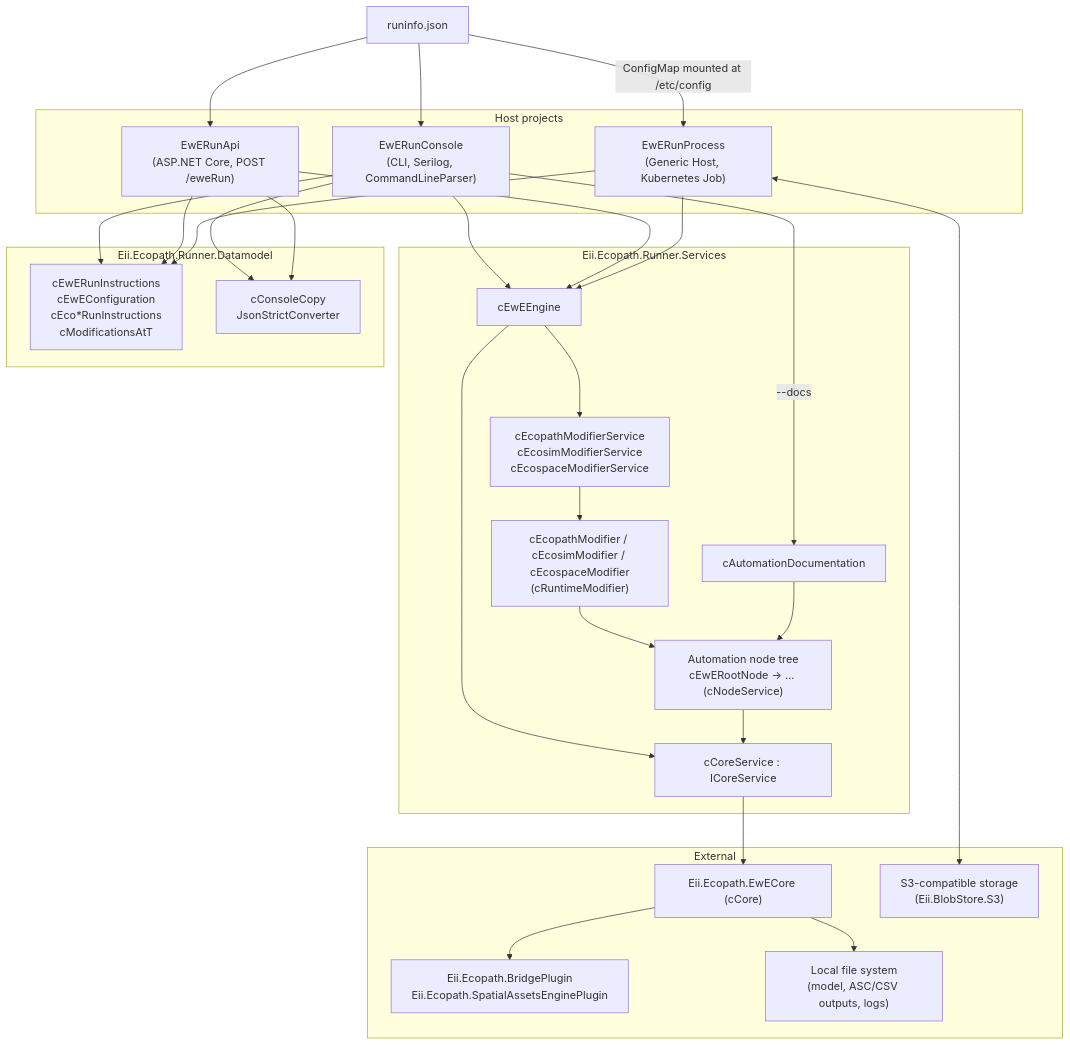
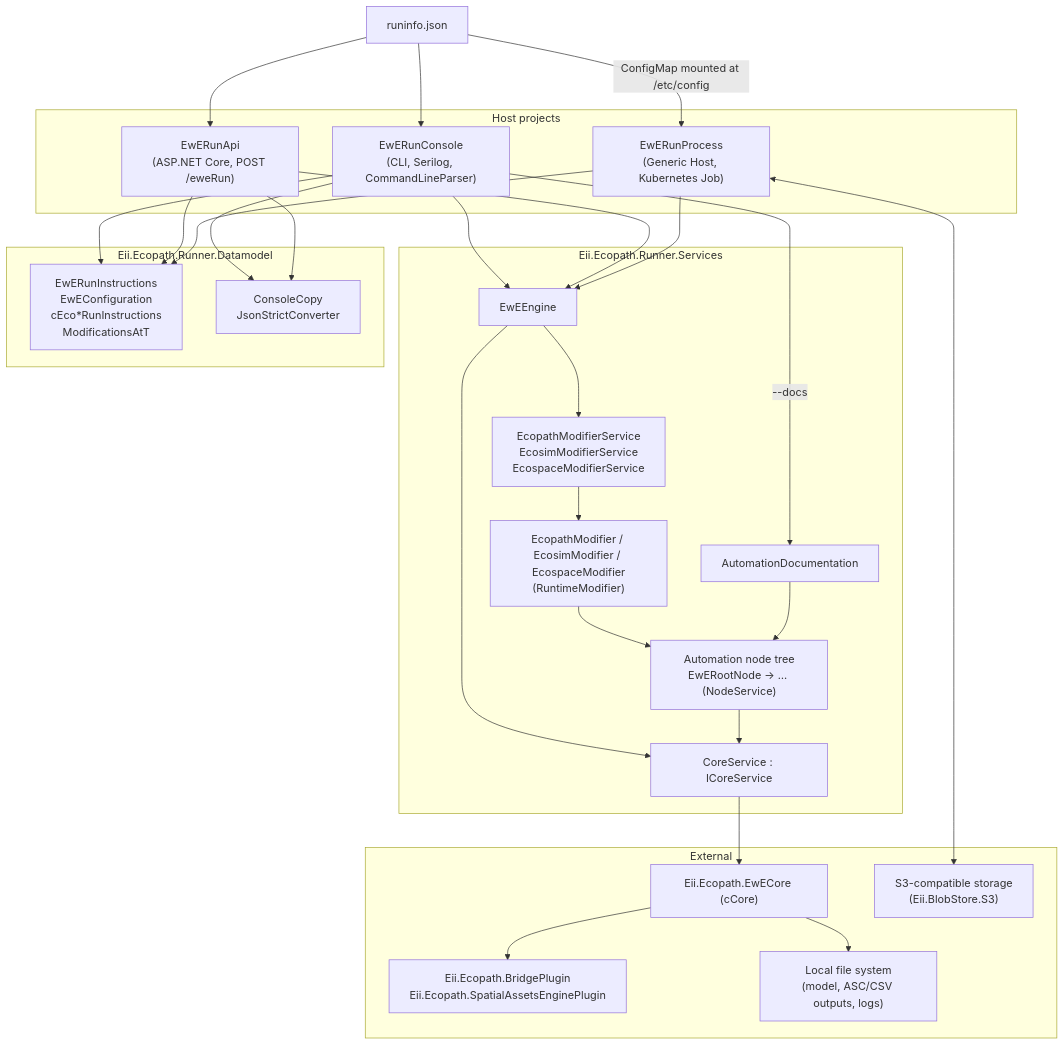
One commit to Official-EwE/Eii.Ecopath.Runner changed the first of 7 diagrams in Eii.Ecopath.Runner_architecture.md. Above: the diagram before and after it, drawn with Mermaid. The commit also changed other lines of this file and 108 other files, not shown here.

````diff
--- a/Eii.Ecopath.Runner_architecture.md
+++ b/Eii.Ecopath.Runner_architecture.md
@@ -77,54 +77,54 @@
 ```mermaid
 flowchart TD
     subgraph Hosts["Host projects"]
         CLI["EwERunConsole<br/>(CLI, Serilog, CommandLineParser)"]
         API["EwERunApi<br/>(ASP.NET Core, POST /eweRun)"]
         RP["EwERunProcess<br/>(Generic Host, Kubernetes Job)"]
     end
 
     subgraph Services["Eii.Ecopath.Runner.Services"]
-        ENG["cEwEEngine"]
-        CS["cCoreService : ICoreService"]
-        MODS["cEcopathModifierService<br/>cEcosimModifierService<br/>cEcospaceModifierService"]
-        RM["cEcopathModifier / cEcosimModifier / cEcospaceModifier<br/>(cRuntimeModifier)"]
-        NODES["Automation node tree<br/>cEwERootNode → … (cNodeService)"]
-        DOCS["cAutomationDocumentation"]
+        ENG["EwEEngine"]
+        CS["CoreService : ICoreService"]
+        MODS["EcopathModifierService<br/>EcosimModifierService<br/>EcospaceModifierService"]
+        RM["EcopathModifier / EcosimModifier / EcospaceModifier<br/>(RuntimeModifier)"]
+        NODES["Automation node tree<br/>EwERootNode → … (NodeService)"]
+        DOCS["AutomationDocumentation"]
     end
 
     subgraph Datamodel["Eii.Ecopath.Runner.Datamodel"]
-        DM["cEwERunInstructions<br/>cEwEConfiguration<br/>cEco*RunInstructions<br/>cModificationsAtT"]
-        UTIL["cConsoleCopy<br/>JsonStrictConverter"]
+        DM["EwERunInstructions<br/>EwEConfiguration<br/>cEco*RunInstructions<br/>ModificationsAtT"]
+        UTIL["ConsoleCopy<br/>JsonStrictConverter"]
     end
 
     subgraph External["External"]
         CORE["Eii.Ecopath.EwECore (cCore)"]
         PLUG["Eii.Ecopath.BridgePlugin<br/>Eii.Ecopath.SpatialAssetsEnginePlugin"]
         S3["S3-compatible storage<br/>(Eii.BlobStore.S3)"]
         FS["Local file system<br/>(model, ASC/CSV outputs, logs)"]
     end
 
     JSON["runinfo.json"] --> CLI
     JSON --> API
     JSON -->|"ConfigMap mounted at /etc/config"| RP
 
     CLI --> ENG
     API --> ENG
     RP --> ENG
     CLI --> DM
     API --> DM
     RP --> DM
     CLI --> UTIL
     API --> UTIL
 
     ENG --> CS
     ENG --> MODS
     MODS --> RM
     RM --> NODES
     NODES --> CS
     CS --> CORE
     CORE --> PLUG
     CORE --> FS
     RP <--> S3
     DOCS --> NODES
     CLI -->|"--docs"| DOCS
 ```
````
